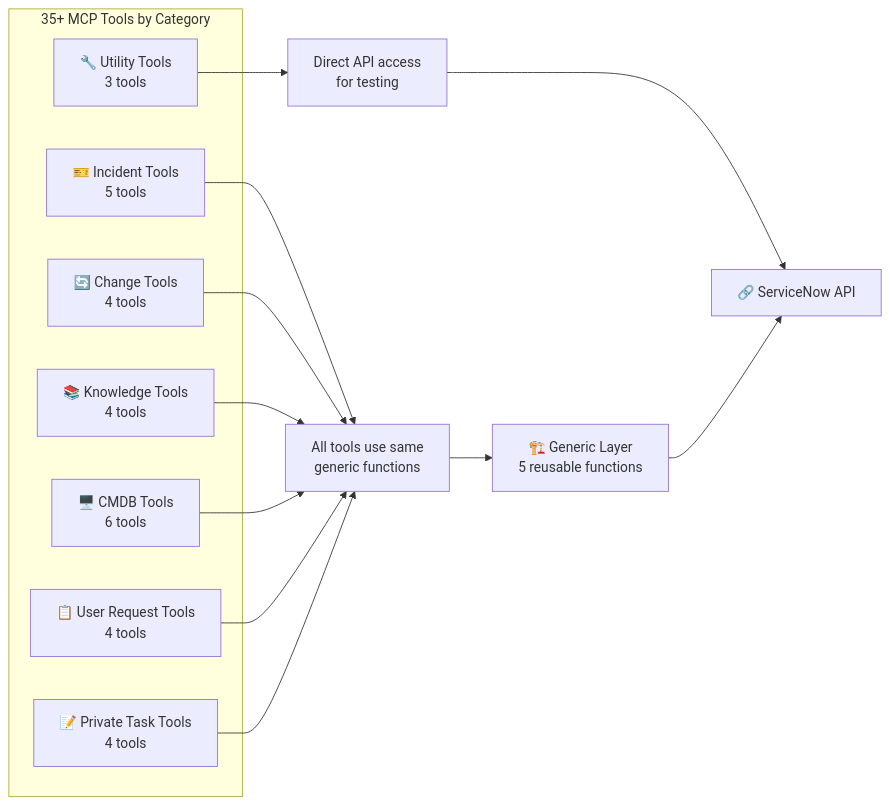
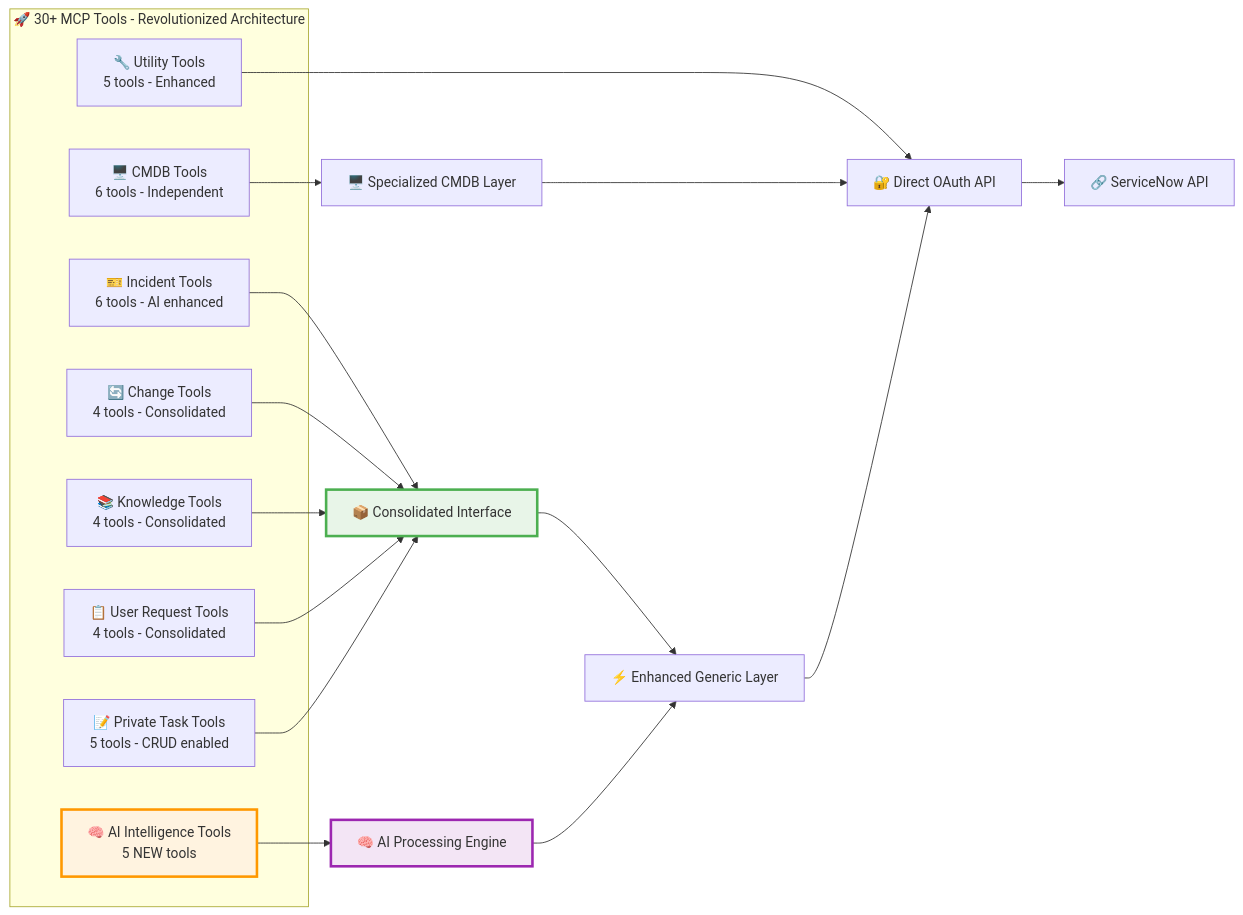
Before and after one commit to Papamzor/personal-mcp-servicenow: the second of 3 diagrams in Diagrams & Documentation/03-tool-organization.md, drawn with Mermaid. The commit also changed other lines of this file and 17 other files, not shown here.

````diff
--- a/Diagrams & Documentation/03-tool-organization.md
+++ b/Diagrams & Documentation/03-tool-organization.md
@@ -6,24 +43,32 @@
 ```mermaid
 graph LR
-    subgraph "35+ MCP Tools by Category"
-        A[🎫 Incident Tools<br/>5 tools]
-        B[🔄 Change Tools<br/>4 tools]  
-        C[📚 Knowledge Tools<br/>4 tools]
-        D[🖥️ CMDB Tools<br/>6 tools]
-        E[📋 User Request Tools<br/>4 tools]
-        F[📝 Private Task Tools<br/>4 tools]
-        G[🔧 Utility Tools<br/>3 tools]
+    subgraph "🚀 30+ MCP Tools - Revolutionized Architecture"
+        A[🎫 Incident Tools<br/>6 tools - AI enhanced]
+        B[🔄 Change Tools<br/>4 tools - Consolidated]
+        C[📚 Knowledge Tools<br/>4 tools - Consolidated]
+        D[🖥️ CMDB Tools<br/>6 tools - Independent]
+        E[📋 User Request Tools<br/>4 tools - Consolidated]
+        F[📝 Private Task Tools<br/>5 tools - CRUD enabled]
+        G[🔧 Utility Tools<br/>5 tools - Enhanced]
+        H[🧠 AI Intelligence Tools<br/>5 NEW tools]
     end
-    
-    A --> H[All tools use same<br/>generic functions]
-    B --> H
-    C --> H
-    D --> H
-    E --> H
-    F --> H
-    G --> I[Direct API access<br/>for testing]
-    
-    H --> J[🏗️ Generic Layer<br/>5 reusable functions]
-    I --> K[🔗 ServiceNow API]
+
+    A --> I[📦 Consolidated Interface]
+    B --> I
+    C --> I
+    E --> I
+    F --> I
+    D --> J[🖥️ Specialized CMDB Layer]
+    G --> K[🔐 Direct OAuth API]
+    H --> L[🧠 AI Processing Engine]
+
+    I --> M[⚡ Enhanced Generic Layer]
     J --> K
+    L --> M
+    M --> K
+    K --> N[🔗 ServiceNow API]
+
+    style I fill:#e8f5e8,stroke:#4caf50,stroke-width:3px
+    style L fill:#f3e5f5,stroke:#9c27b0,stroke-width:3px
+    style H fill:#fff3e0,stroke:#ff9800,stroke-width:3px
 ```
````
